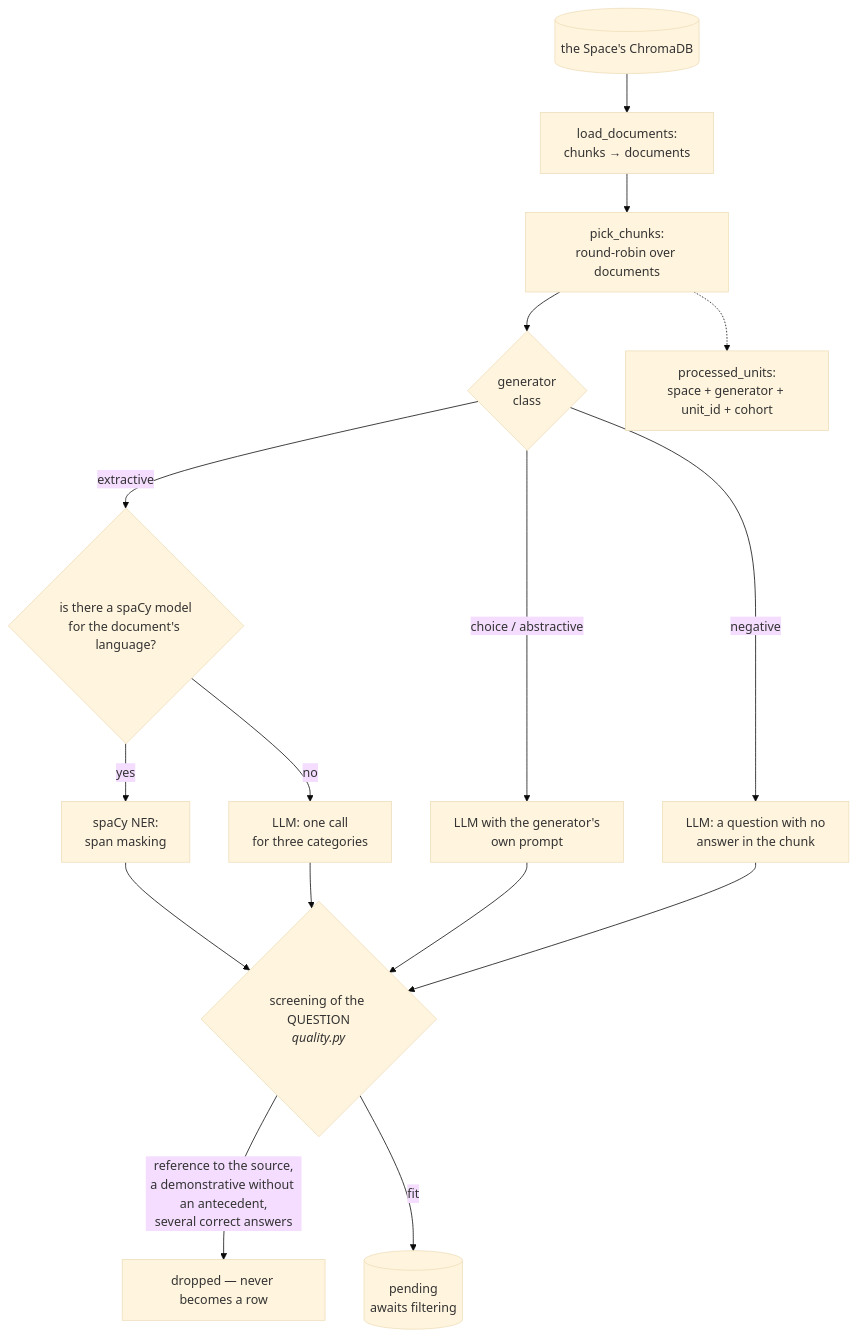
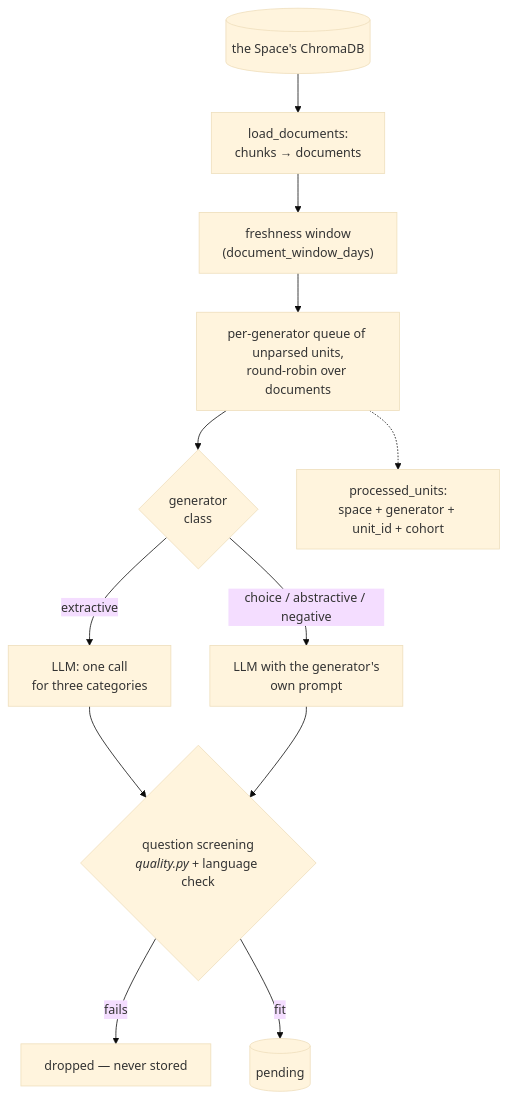
The first of 2 diagrams in packages/benchmark/docs/02-generation.md (OpenMined/syft-space), drawn with Mermaid (base theme) before and after one commit. The commit also changed other lines of this file and 112 other files, not shown here.

Commit message:
feat(benchmark): question quality and grading fixes, archive check, spaCy removed; front matter metadata in Space; docs refreshed

````diff
--- a/packages/benchmark/docs/02-generation.md
+++ b/packages/benchmark/docs/02-generation.md
@@ -203,23 +119,19 @@
 ```mermaid
 flowchart TB
     CH[("the Space's ChromaDB")] --> LOAD["load_documents:<br/>chunks → documents"]
-    LOAD --> PICK["pick_chunks:<br/>round-robin over documents"]
+    LOAD --> WIN["freshness window<br/>(document_window_days)"]
+    WIN --> PICK["per-generator queue of unparsed units,<br/>round-robin over documents"]
     PICK --> SPLIT{"generator<br/>class"}
 
-    SPLIT -- "extractive" --> LANG{"is there a spaCy model<br/>for the document's language?"}
-    LANG -- "yes" --> SPACY["spaCy NER:<br/>span masking"]
-    LANG -- "no" --> LLMX["LLM: one call<br/>for three categories"]
-    SPLIT -- "choice / abstractive" --> LLMG["LLM with the generator's<br/>own prompt"]
-    SPLIT -- "negative" --> LLMN["LLM: a question with no<br/>answer in the chunk"]
+    SPLIT -- "extractive" --> LLMX["LLM: one call<br/>for three categories"]
+    SPLIT -- "choice / abstractive / negative" --> LLMG["LLM with the generator's<br/>own prompt"]
 
-    SPACY --> R1
     LLMX --> R1
     LLMG --> R1
-    LLMN --> R1
 
-    R1{"screening of the QUESTION<br/><i>quality.py</i>"} -- "reference to the source,<br/>a demonstrative without an antecedent,<br/>several correct answers" --> DROP["dropped — never becomes a row"]
-    R1 -- "fit" --> PEND[("pending<br/>awaits filtering")]
+    R1{"question screening<br/><i>quality.py</i> + language check"} -- "fails" --> DROP["dropped — never stored"]
+    R1 -- "fit" --> PEND[("pending")]
 
     MARK["processed_units:<br/>space + generator + unit_id + cohort"]
     PICK -.-> MARK
 ```
````
